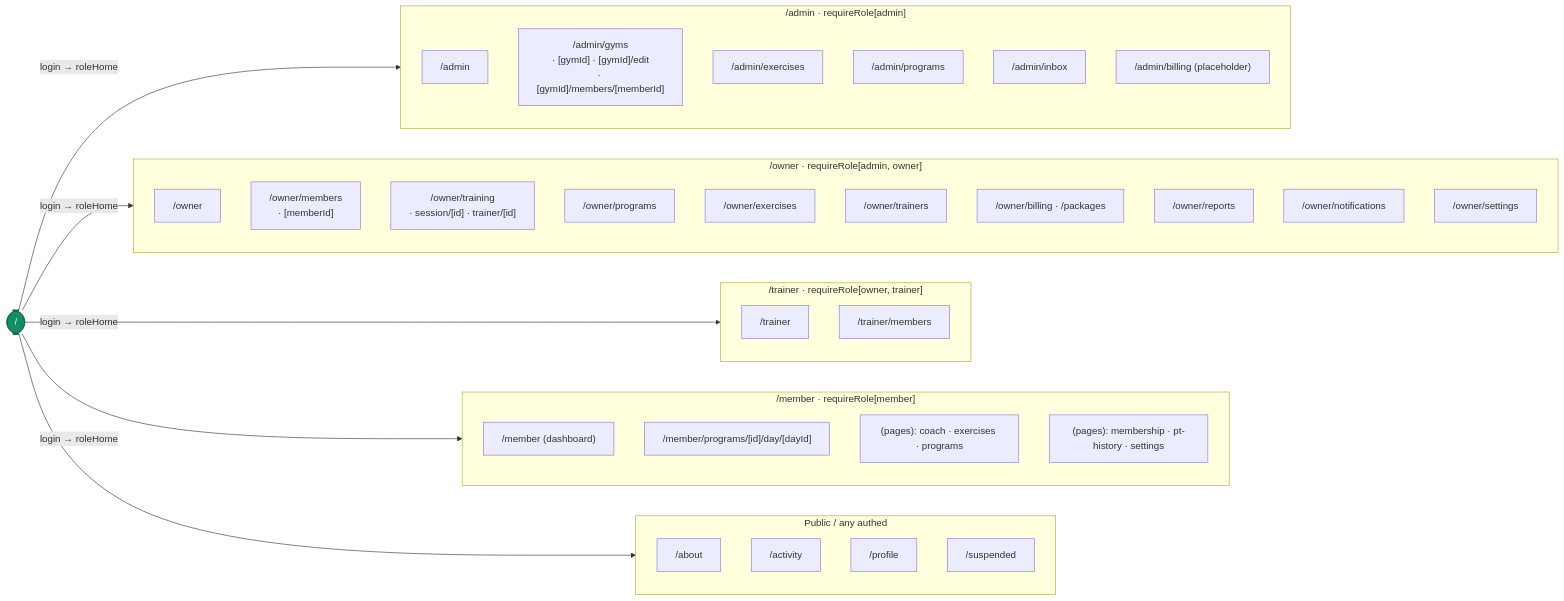
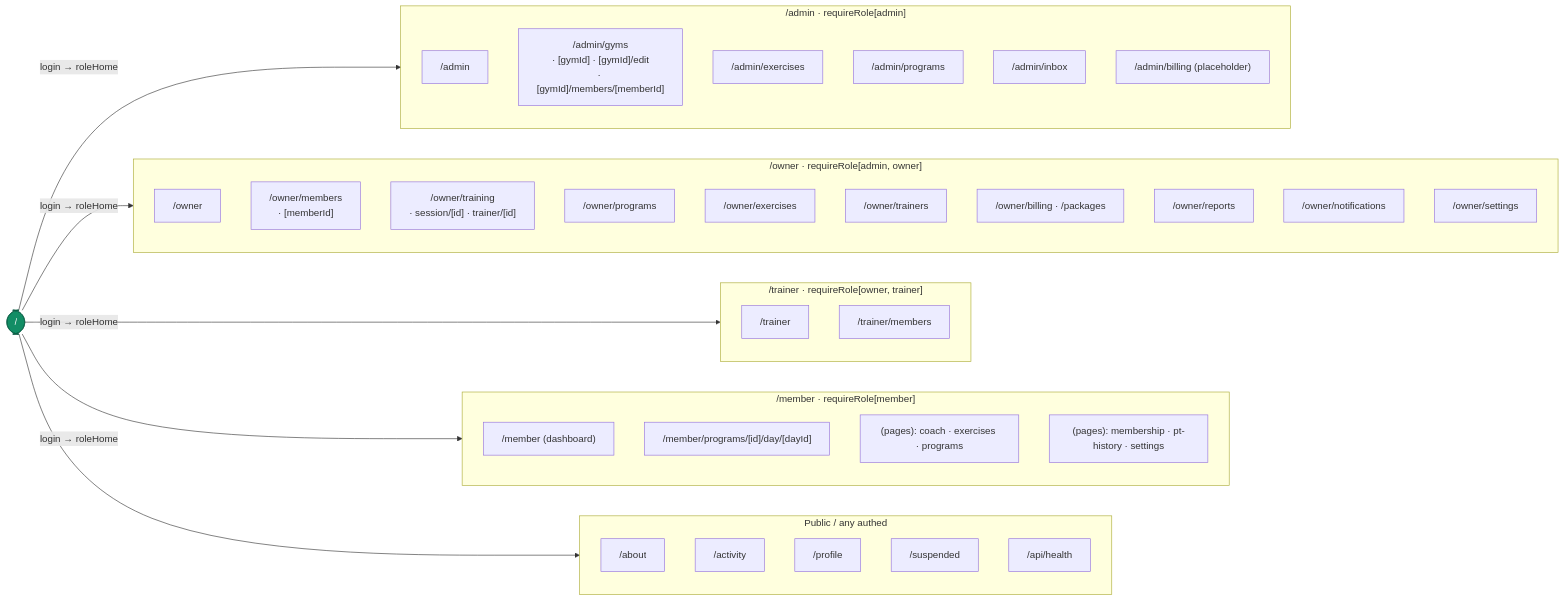
One commit to mehulchirania/FitSplit changed the diagram in docs/09_SCREEN_CATALOG.md. Above: the diagram before and after it, drawn with Mermaid. The commit also changed other lines of this file and 42 other files, not shown here.

````diff
--- a/docs/09_SCREEN_CATALOG.md
+++ b/docs/09_SCREEN_CATALOG.md
@@ -14,55 +14,56 @@
 ```mermaid
 flowchart LR
   ROOT([" / "]):::pub
 
   subgraph PUB[Public / any authed]
     direction TB
     ABOUT["/about"]
     ACT["/activity"]
     PROF["/profile"]
     SUSP["/suspended"]
+    HEALTH["/api/health"]
   end
 
   subgraph ADMIN["/admin · requireRole[admin]"]
     direction TB
     A0["/admin"]
     A1["/admin/gyms<br/>· [gymId] · [gymId]/edit<br/>· [gymId]/members/[memberId]"]
     A2["/admin/exercises"]
     A3["/admin/programs"]
     A4["/admin/inbox"]
     A5["/admin/billing (placeholder)"]
   end
 
   subgraph OWNER["/owner · requireRole[admin, owner]"]
     direction TB
     O0["/owner"]
     O1["/owner/members<br/>· [memberId]"]
     O2["/owner/training<br/>· session/[id] · trainer/[id]"]
     O3["/owner/programs"]
     O4["/owner/exercises"]
     O5["/owner/trainers"]
     O6["/owner/billing · /packages"]
     O7["/owner/reports"]
     O8["/owner/notifications"]
     O9["/owner/settings"]
   end
 
   subgraph TRAINER["/trainer · requireRole[owner, trainer]"]
     direction TB
     T0["/trainer"]
     T1["/trainer/members"]
   end
 
   subgraph MEMBER["/member · requireRole[member]"]
     direction TB
     M0["/member (dashboard)"]
     M1["/member/programs/[id]/day/[dayId]"]
     M2["(pages): coach · exercises · programs"]
     M3["(pages): membership · pt-history · settings"]
   end
 
   ROOT -->|login → roleHome| ADMIN & OWNER & TRAINER & MEMBER
   ROOT --> PUB
 
   classDef pub fill:#128d65,stroke:#0c5f46,color:#fff;
 ```
````
